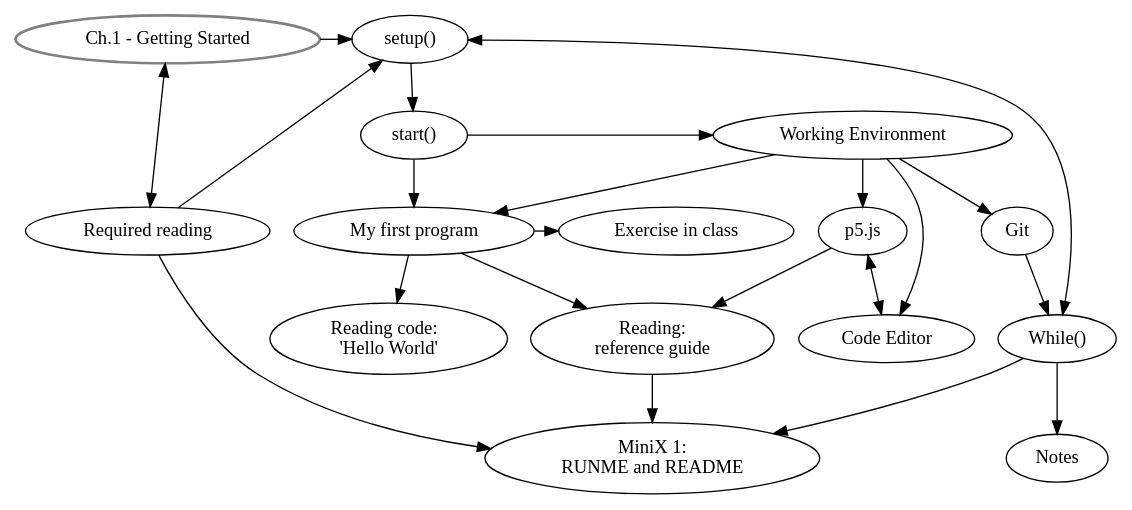
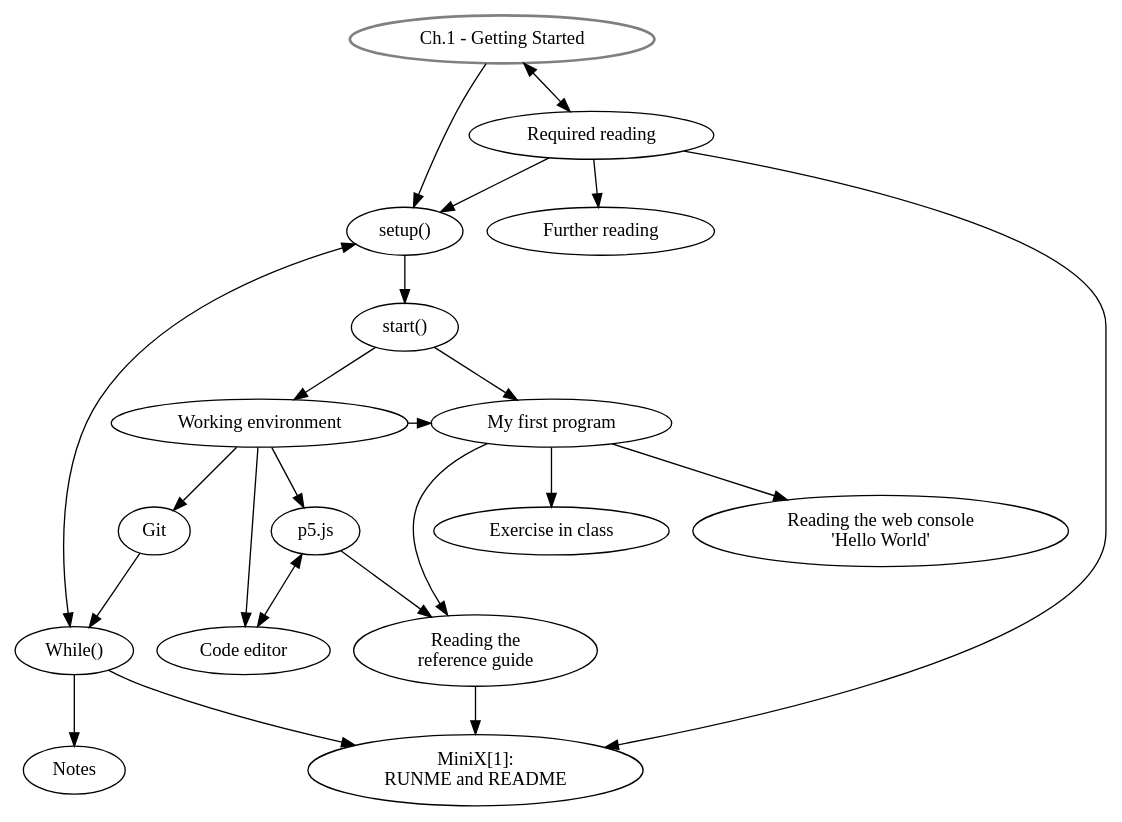
The diagram in graphviz/AP_ch1.dot (danbz/aesthetic-programming), drawn with Graphviz before and after one commit. The commit also changed 1 other file, not shown here.

Commit message:
update ch.1 graphviz

```diff
--- a/graphviz/AP_ch1.dot
+++ b/graphviz/AP_ch1.dot
@@ -1,51 +1,47 @@
 digraph G {
 //labels
 GS [
 label="Ch.1 - Getting Started",
 style=bold,
 color=grey,
 ]
 
 SU [label="setup()"]
 ST [label="start()"]
-WE [label="Working Environment"]
+WE [label="Working environment"]
 p5 [label="p5.js"]
-CE [label="Code Editor"]
+CE [label="Code editor"]
 MFP [label="My first program"]
 EiC [label="Exercise in class"]
-RC [label="Reading code:  \n'Hello World'"]
-RG [label="Reading: \nreference guide"]
+RC [label="Reading the web console \n'Hello World'"]
+RG [label="Reading the \nreference guide"]
 Git [label="Git"]
 MW [label="While()"]
-MX [label="MiniX 1: \nRUNME and README"]
+MX [label="MiniX[1]: \nRUNME and README"]
 RR [label="Required reading"]
+FR [label="Further reading"]
 Notes [label="Notes"]
 
-
-{rank = same; WE, ST}
-{rank = same; GS, SU}
-{rank = same; MFP, EiC}
-{rank = same; Git, EiC}
-{rank = same; MFP, RR}
-
+{rank = same; MFP, WE}
 
 //graph
 GS -> SU -> ST;
 ST -> WE;
 GS -> RR[dir=both];
 WE -> p5;
 WE -> CE;
 WE -> Git;
 ST -> MFP;
 MFP -> EiC;
 MFP -> RC;
 MFP -> RG;
 SU -> MW [dir=both];
 MW -> MX, Notes;
 RR -> MX, SU;
 Git -> MW;
 RG -> MX;
 p5 -> CE [dir=both];
 WE -> MFP;
 p5 -> RG;
+RR -> FR;
 }
```
